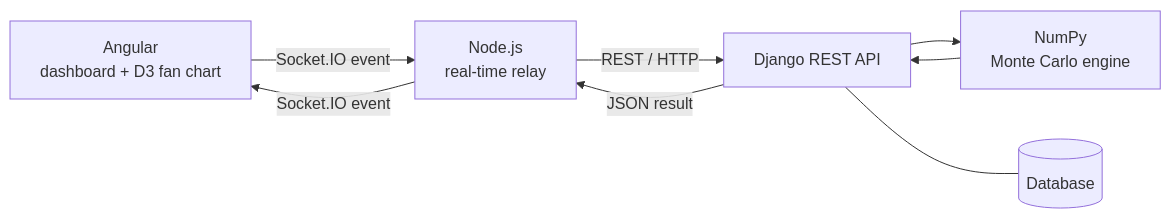
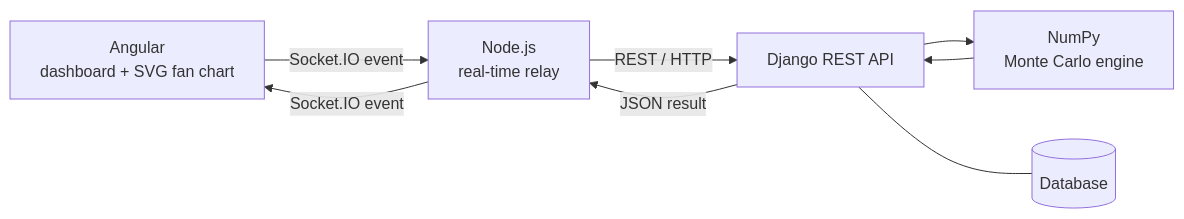
The diagram in README.md (shivani6420/FinTwin), drawn with Mermaid before and after one commit. The commit also changed other lines of this file and 1 other file, not shown here.

Commit message:
README: describe the SVG fan chart accurately

````diff
--- a/README.md
+++ b/README.md
@@ -92,10 +91,10 @@
 ```mermaid
 flowchart LR
-    A[Angular<br/>dashboard + D3 fan chart] -- Socket.IO event --> B[Node.js<br/>real-time relay]
+    A[Angular<br/>dashboard + SVG fan chart] -- Socket.IO event --> B[Node.js<br/>real-time relay]
     B -- REST / HTTP --> C[Django REST API]
     C --> D[NumPy<br/>Monte Carlo engine]
     D --> C
     C -- JSON result --> B
     B -- Socket.IO event --> A
     C --- E[(Database)]
 ```
````
